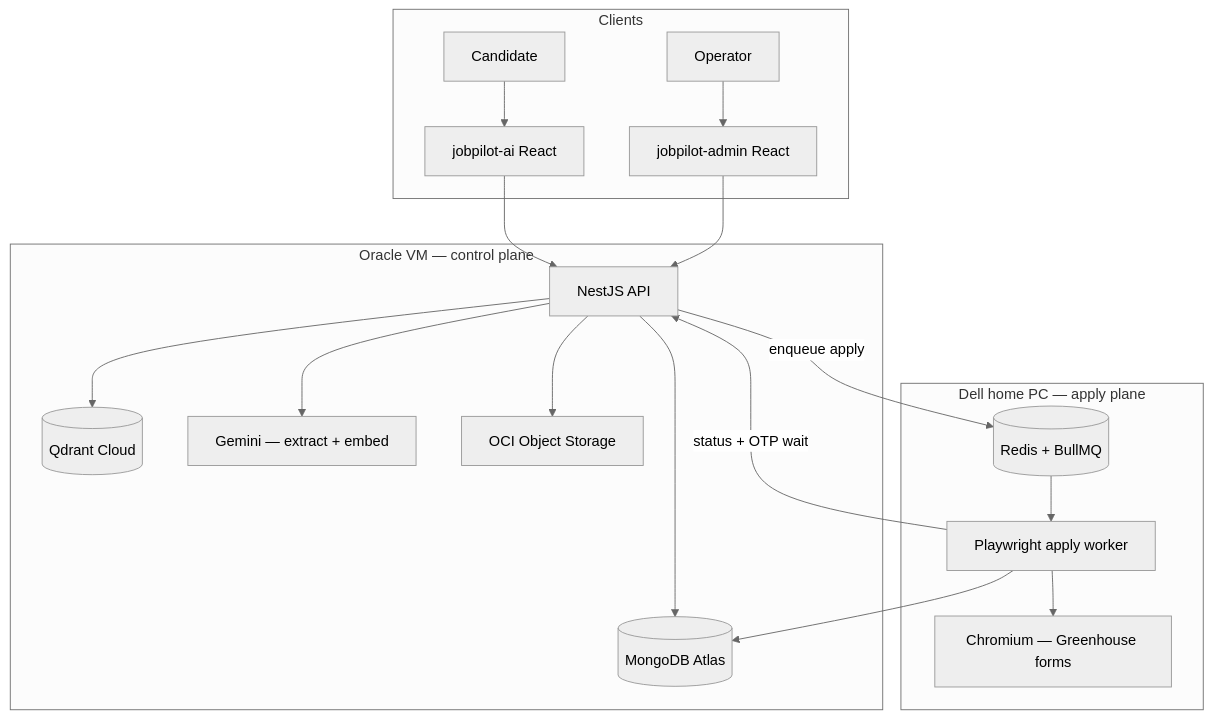
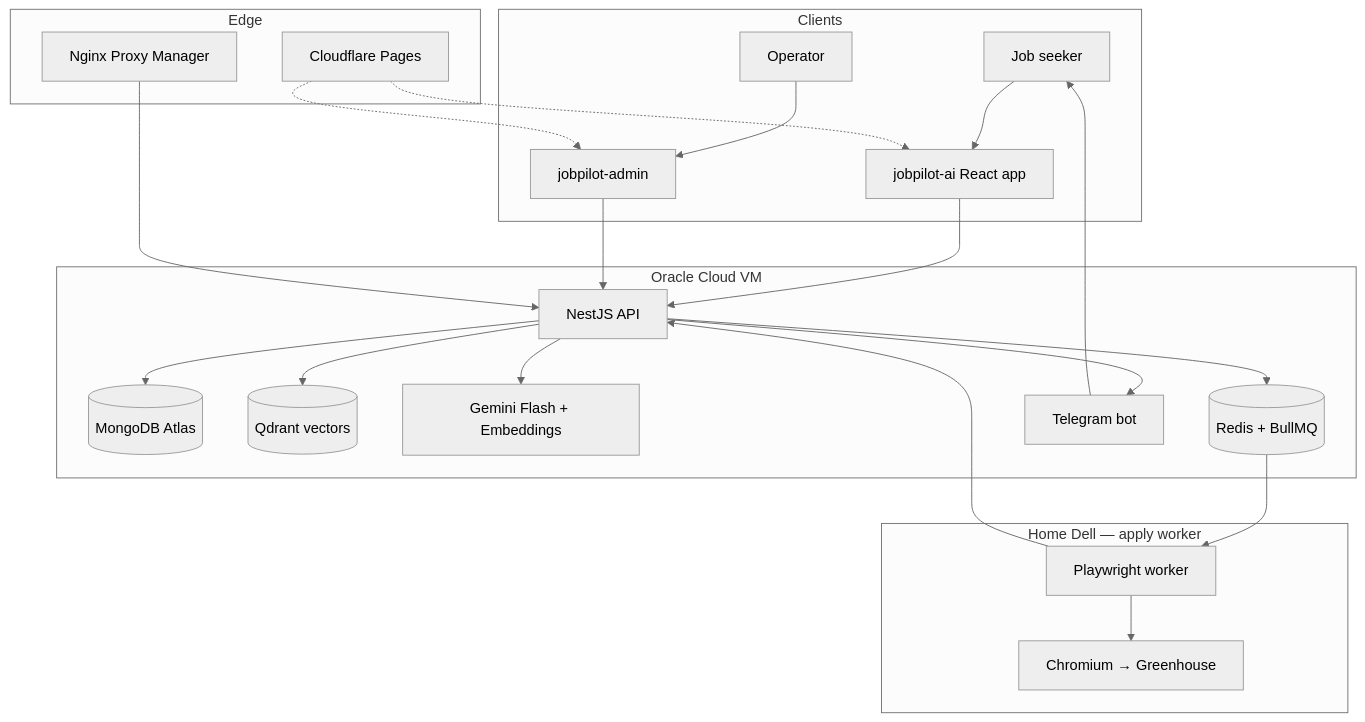
One commit to chaitanya07422/chaitanya-portfolio changed the second of 5 diagrams in chaitanyas-digital-canvas/src/content/blog/engineering-deep-dive-jobpilot-ai.md. Above: the diagram before and after it, drawn with Mermaid (neutral theme). The commit also changed other lines of this file and 1 other file, not shown here.

First line of the commit message:
Revise blog post on JobPilot AI to enhance clarity and detail

````diff
--- a/chaitanyas-digital-canvas/src/content/blog/engineering-deep-dive-jobpilot-ai.md
+++ b/chaitanyas-digital-canvas/src/content/blog/engineering-deep-dive-jobpilot-ai.md
@@ -63,27 +59,30 @@
 ```mermaid
 flowchart TB
   subgraph Clients
-    User[Candidate] --> App[jobpilot-ai React]
-    Ops[Operator] --> Admin[jobpilot-admin React]
+    User[Job seeker] --> App[jobpilot-ai React app]
+    Admin[Operator] --> AdminUI[jobpilot-admin]
   end
 
-  subgraph Oracle["Oracle VM — control plane"]
+  subgraph OracleVM["Oracle Cloud VM"]
     App --> API[NestJS API]
-    Admin --> API
+    AdminUI --> API
     API --> Mongo[(MongoDB Atlas)]
-    API --> Qdrant[(Qdrant Cloud)]
-    API --> Gemini[Gemini — extract + embed]
-    API --> Store[OCI Object Storage]
+    API --> Qdrant[(Qdrant vectors)]
+    API --> Gemini[Gemini Flash + Embeddings]
+    API --> Redis[(Redis + BullMQ)]
+    API --> TG[Telegram bot]
   end
 
-  subgraph Dell["Dell home PC — apply plane"]
-    Redis[(Redis + BullMQ)]
-    Worker[Playwright apply worker]
-    Redis --> Worker
-    Worker --> Browser[Chromium — Greenhouse forms]
+  subgraph Dell["Home Dell — apply worker"]
+    Redis --> Worker[Playwright worker]
+    Worker --> API
+    Worker --> Browser[Chromium → Greenhouse]
+    TG --> User
   end
 
-  API -->|enqueue apply| Redis
-  Worker -->|status + OTP wait| API
-  Worker --> Mongo
+  subgraph Edge
+    CF[Cloudflare Pages] -.-> App
+    CF -.-> AdminUI
+    NPM[Nginx Proxy Manager] --> API
+  end
 ```
````
